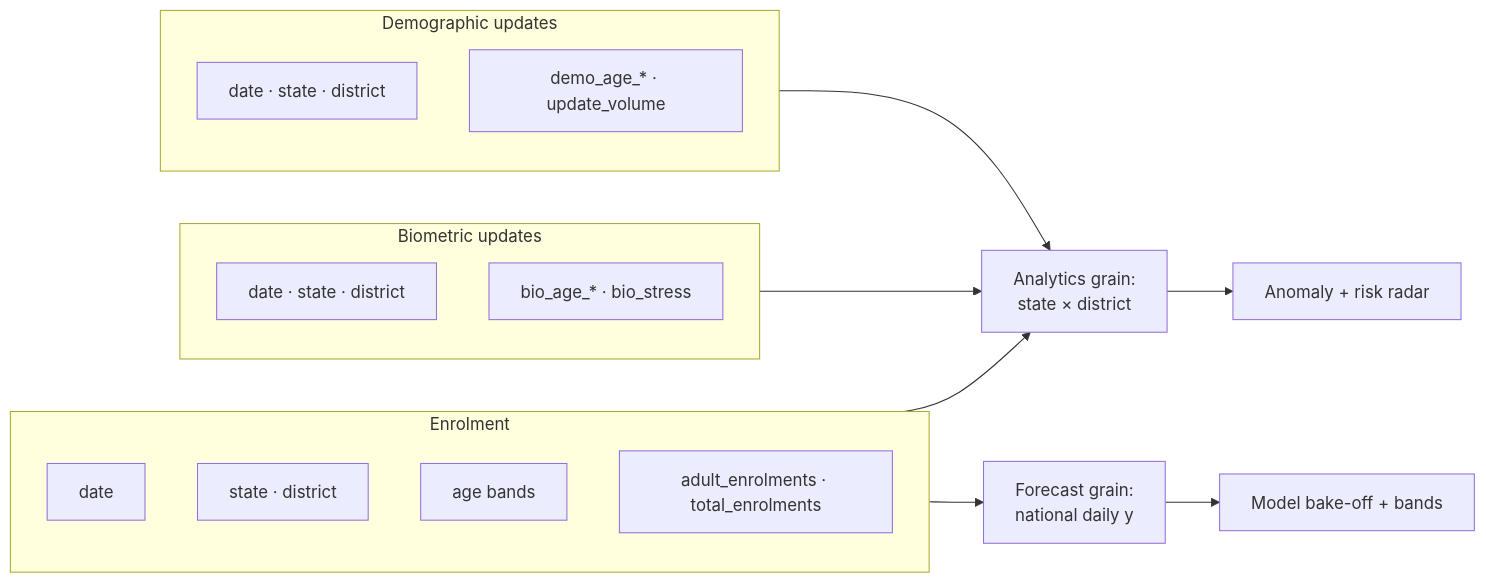
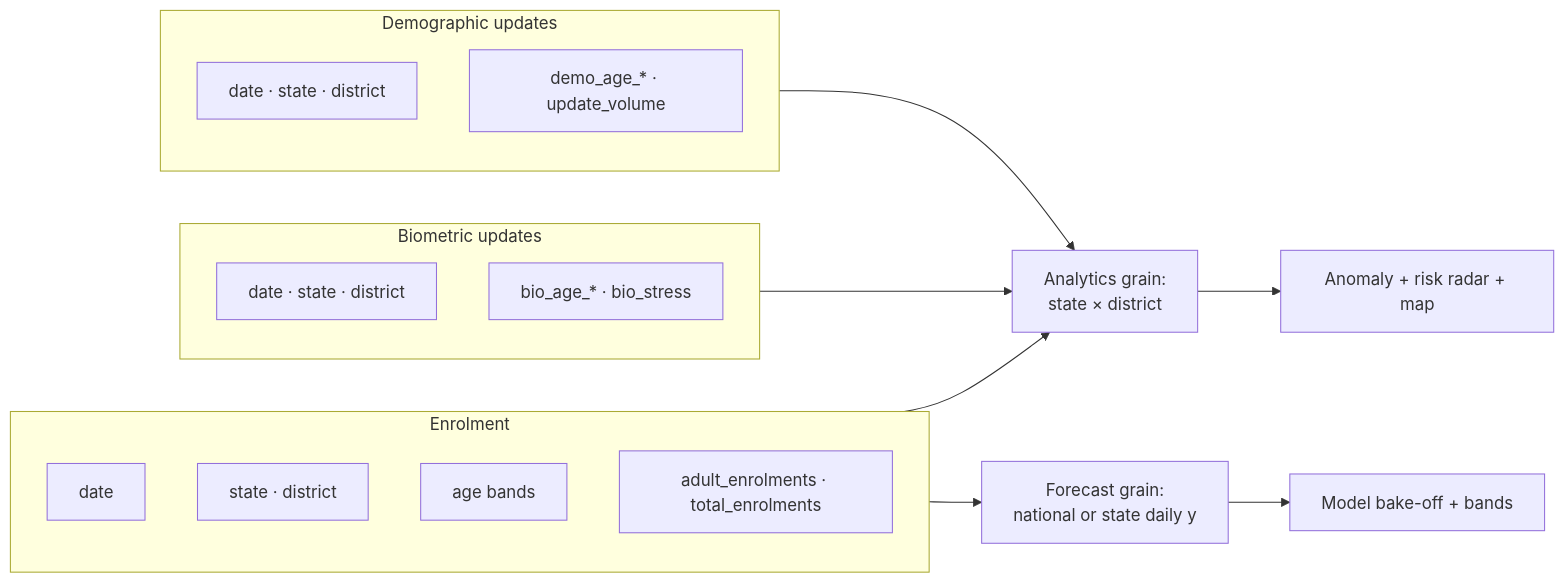
Diagram 23 of 24 in flowchart.md (NetRunnerXD/Aadhaar-Intel-Engine-UIDAI), drawn with Mermaid before and after one commit. The commit also changed other lines of this file and 1 other file, not shown here.

First line of the commit message:
docs: update flowchart and feature parity for dual UI stack

````diff
--- a/flowchart.md
+++ b/flowchart.md
@@ -541,26 +726,26 @@
 ```mermaid
 flowchart LR
     subgraph Enrol["Enrolment"]
         E1[date]
         E2[state · district]
         E3[age bands]
         E4[adult_enrolments · total_enrolments]
     end
 
     subgraph Bio["Biometric updates"]
         B1[date · state · district]
         B2[bio_age_* · bio_stress]
     end
 
     subgraph Demo["Demographic updates"]
         D1[date · state · district]
         D2[demo_age_* · update_volume]
     end
 
     Enrol --> Cell["Analytics grain:<br/>state × district"]
     Bio --> Cell
     Demo --> Cell
-    Enrol --> Nat["Forecast grain:<br/>national daily y"]
-    Cell --> Risk[Anomaly + risk radar]
+    Enrol --> Nat["Forecast grain:<br/>national or state daily y"]
+    Cell --> Risk[Anomaly + risk radar + map]
     Nat --> Fcst[Model bake-off + bands]
 ```
````
